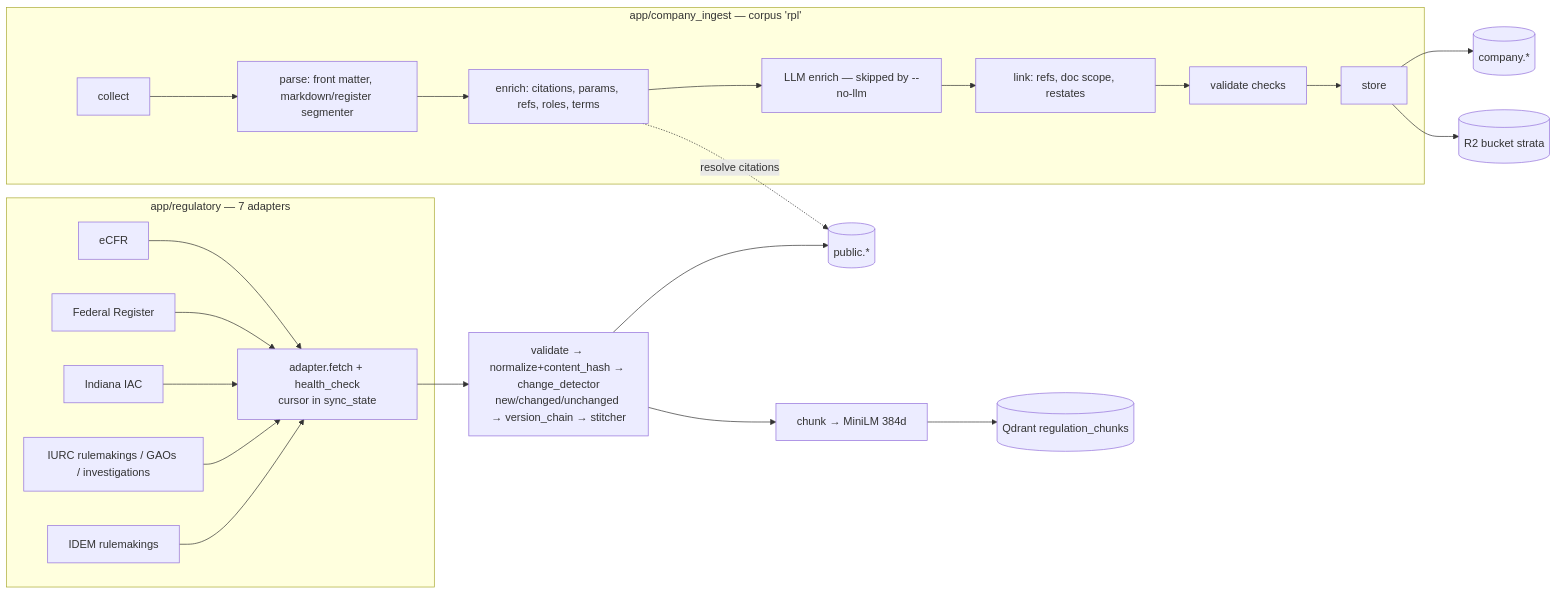
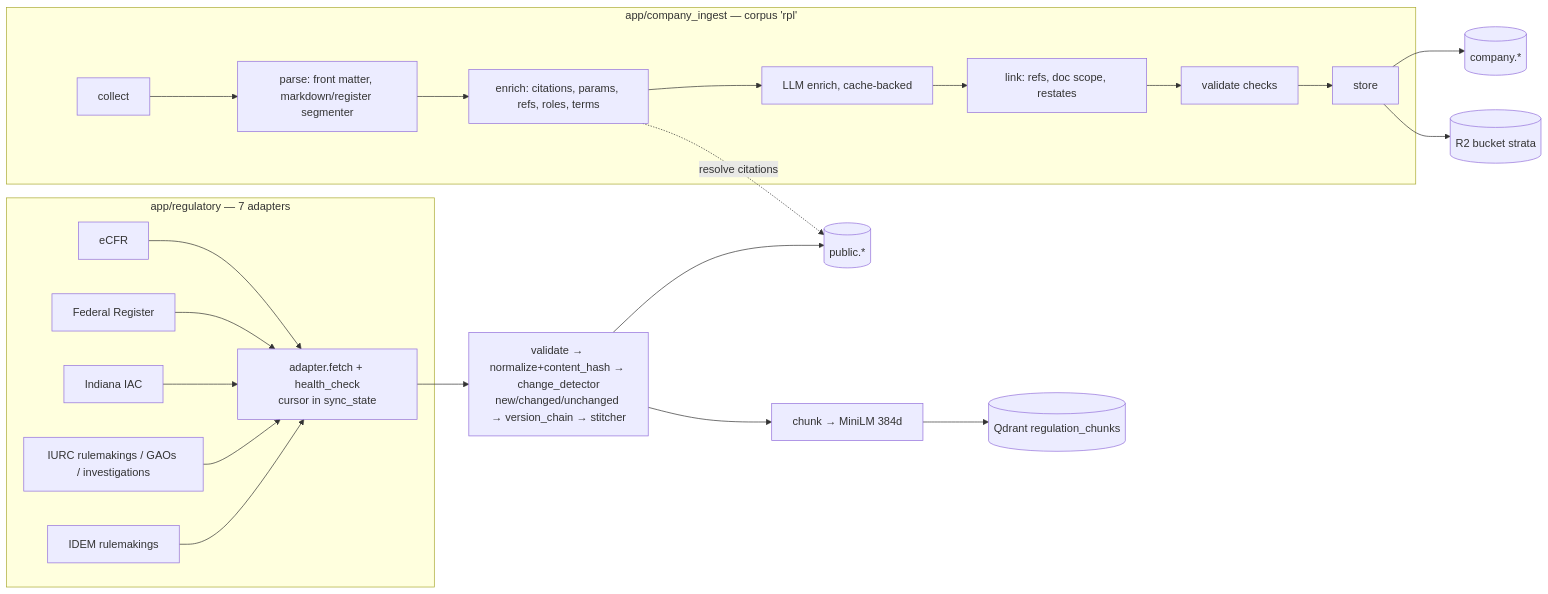
One commit to Athish49/Strata changed the second of 6 diagrams in supplement_docs/application_layer/application_layer.md. Above: the diagram before and after it, drawn with Mermaid. The commit also changed other lines of this file and 174 other files, not shown here.

````diff
--- a/supplement_docs/application_layer/application_layer.md
+++ b/supplement_docs/application_layer/application_layer.md
@@ -34,18 +34,18 @@
 ```mermaid
 flowchart LR
   subgraph GOV[app/regulatory — 7 adapters]
     S1[eCFR] --> A[adapter.fetch + health_check<br/>cursor in sync_state]
     S2[Federal Register] --> A
     S3[Indiana IAC] --> A
     S4[IURC rulemakings / GAOs / investigations] --> A
     S5[IDEM rulemakings] --> A
   end
   A --> V[validate → normalize+content_hash → change_detector<br/>new/changed/unchanged → version_chain → stitcher]
   V --> PG[(public.*)]
   V --> EM[chunk → MiniLM 384d] --> QD[(Qdrant regulation_chunks)]
   subgraph CO[app/company_ingest — corpus 'rpl']
-    C1[collect] --> C2[parse: front matter, markdown/register segmenter] --> C3[enrich: citations, params, refs, roles, terms] --> C4[LLM enrich — skipped by --no-llm] --> C5[link: refs, doc scope, restates] --> C6[validate checks] --> C7[store]
+    C1[collect] --> C2[parse: front matter, markdown/register segmenter] --> C3[enrich: citations, params, refs, roles, terms] --> C4[LLM enrich, cache-backed] --> C5[link: refs, doc scope, restates] --> C6[validate checks] --> C7[store]
   end
   C7 --> PG2[(company.*)] & R2[(R2 bucket strata)]
   C3 -. resolve citations .-> PG
 ```
````
